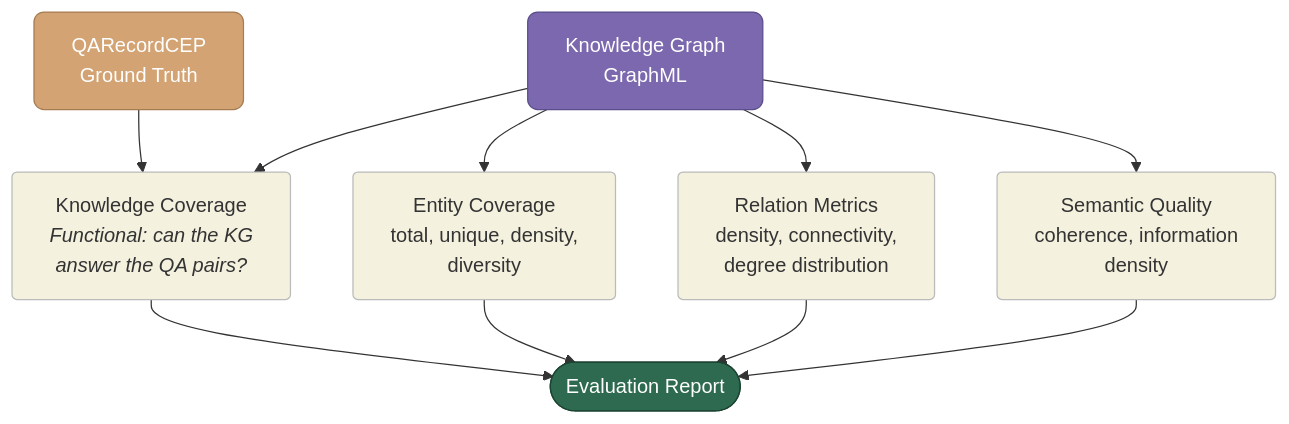
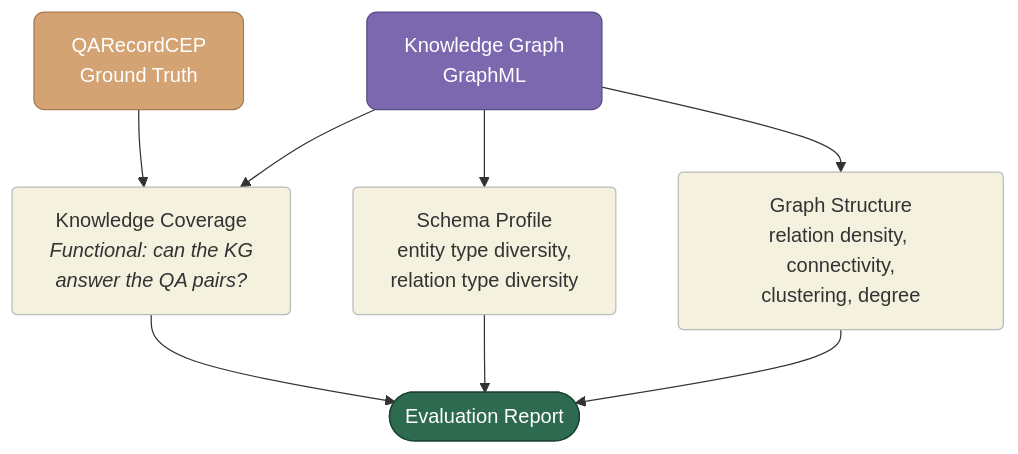
One commit to FredDsR/arandu changed the sixth of 10 diagrams in docs/methodology.md. Above: the diagram before and after it, drawn with Mermaid. The commit also changed other lines of this file, not shown here.

First line of the commit message:
docs(methodology): redefine intrinsic metrics and add clustering coefficient

````diff
--- a/docs/methodology.md
+++ b/docs/methodology.md
@@ -365,28 +365,25 @@
 ```mermaid
 flowchart TD
     classDef gt fill:#d4a373,stroke:#a67c52,color:#fff,rx:8,ry:8
     classDef kg fill:#7b68ae,stroke:#5a4d8a,color:#fff,rx:8,ry:8
     classDef metric fill:#f4f1de,stroke:#bbb,color:#333,rx:4,ry:4
     classDef report fill:#2d6a4f,stroke:#1b4332,color:#fff,rx:10,ry:10
 
     QR["QARecordCEP<br/>Ground Truth"]:::gt
     GR["Knowledge Graph<br/>GraphML"]:::kg
 
     QR --> KC
     GR --> KC
-    GR --> EC
-    GR --> RM
-    GR --> SQ
+    GR --> EP
+    GR --> GS
 
     KC["Knowledge Coverage<br/><i>Functional: can the KG<br/>answer the QA pairs?</i>"]:::metric
-    EC["Entity Coverage<br/>total, unique, density,<br/>diversity"]:::metric
-    RM["Relation Metrics<br/>density, connectivity,<br/>degree distribution"]:::metric
-    SQ["Semantic Quality<br/>coherence, information<br/>density"]:::metric
+    EP["Schema Profile<br/>entity type diversity,<br/>relation type diversity"]:::metric
+    GS["Graph Structure<br/>relation density, connectivity,<br/>clustering, degree"]:::metric
 
     KC --> R
-    EC --> R
-    RM --> R
-    SQ --> R
+    EP --> R
+    GS --> R
 
     R(["Evaluation Report"]):::report
 ```
````
